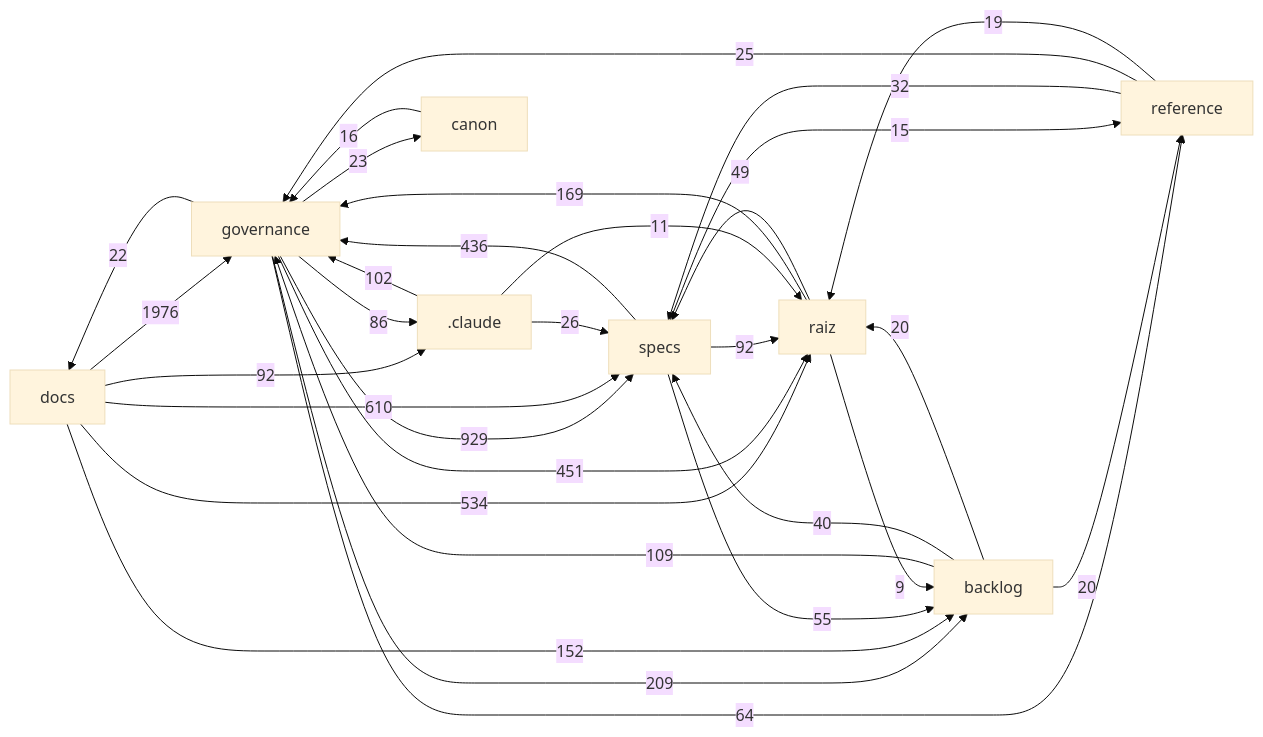
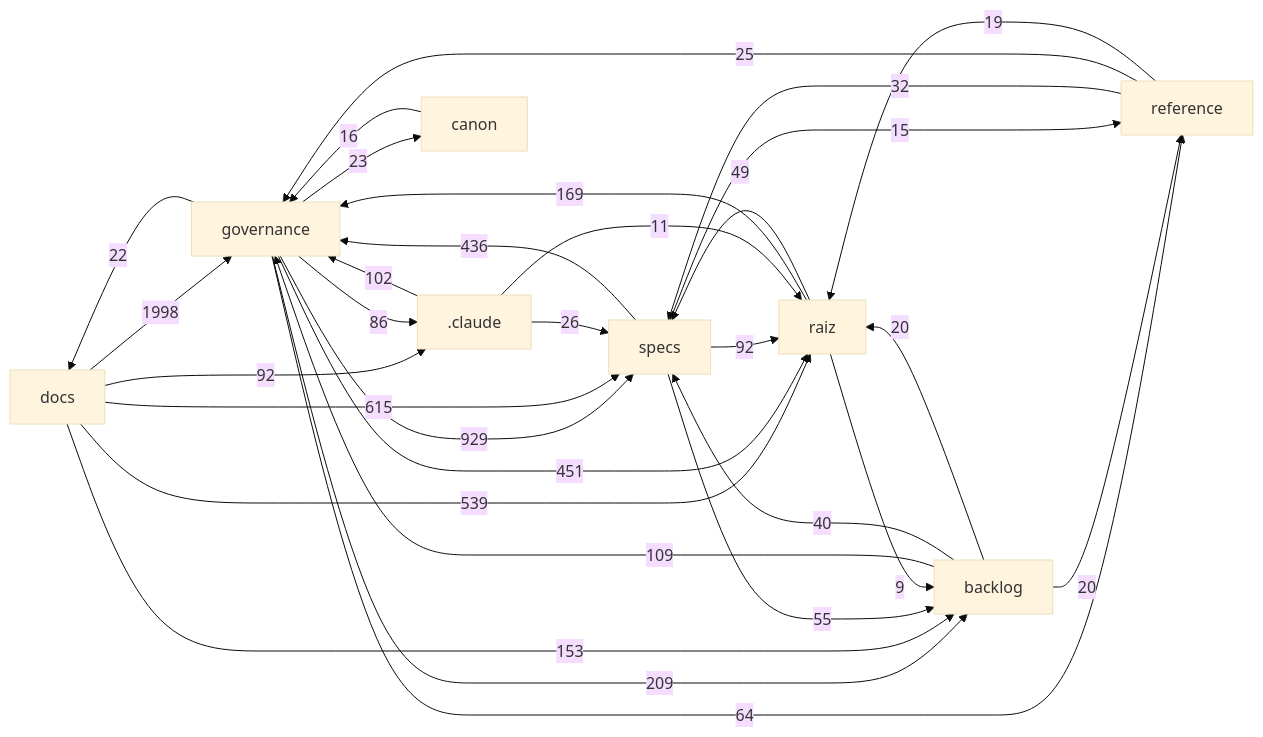
Before and after one commit to Andraus35/Sistema-Operacional-de-Trading--SOT: the diagram in docs/mapa/MAPA-PROJETO.md, drawn with Mermaid (base theme). The commit also changed other lines of this file and 6 other files, not shown here.

````diff
--- a/docs/mapa/MAPA-PROJETO.md
+++ b/docs/mapa/MAPA-PROJETO.md
@@ -29,33 +29,33 @@
 ```mermaid
 flowchart LR
-  docs["docs"] -->|1976| governance["governance"]
+  docs["docs"] -->|1998| governance["governance"]
   governance["governance"] -->|929| specs["specs"]
-  docs["docs"] -->|610| specs["specs"]
-  docs["docs"] -->|534| raiz["raiz"]
+  docs["docs"] -->|615| specs["specs"]
+  docs["docs"] -->|539| raiz["raiz"]
   governance["governance"] -->|451| raiz["raiz"]
   specs["specs"] -->|436| governance["governance"]
   governance["governance"] -->|209| backlog["backlog"]
   raiz["raiz"] -->|169| governance["governance"]
-  docs["docs"] -->|152| backlog["backlog"]
+  docs["docs"] -->|153| backlog["backlog"]
   backlog["backlog"] -->|109| governance["governance"]
   _claude[".claude"] -->|102| governance["governance"]
   docs["docs"] -->|92| _claude[".claude"]
   specs["specs"] -->|92| raiz["raiz"]
   governance["governance"] -->|86| _claude[".claude"]
   governance["governance"] -->|64| reference["reference"]
   specs["specs"] -->|55| backlog["backlog"]
   raiz["raiz"] -->|49| specs["specs"]
   backlog["backlog"] -->|40| specs["specs"]
   reference["reference"] -->|32| specs["specs"]
   _claude[".claude"] -->|26| specs["specs"]
   reference["reference"] -->|25| governance["governance"]
   governance["governance"] -->|23| canon["canon"]
   governance["governance"] -->|22| docs["docs"]
   backlog["backlog"] -->|20| raiz["raiz"]
   backlog["backlog"] -->|20| reference["reference"]
   reference["reference"] -->|19| raiz["raiz"]
   canon["canon"] -->|16| governance["governance"]
   specs["specs"] -->|15| reference["reference"]
   _claude[".claude"] -->|11| raiz["raiz"]
   raiz["raiz"] -->|9| backlog["backlog"]
 ```
````
